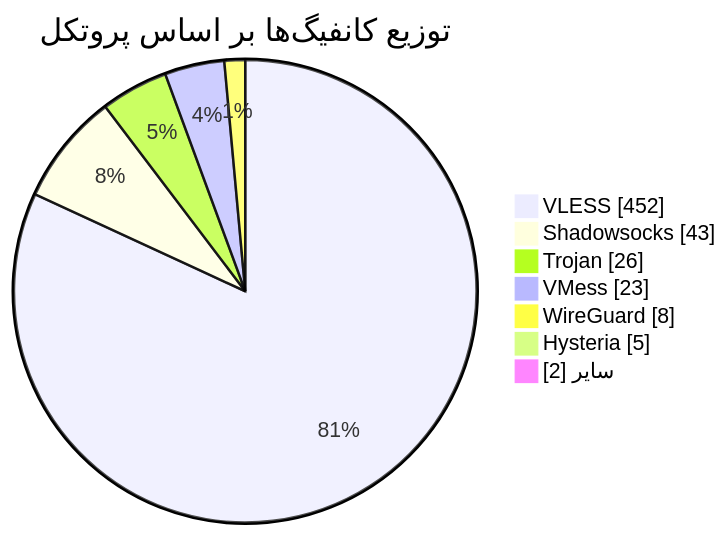
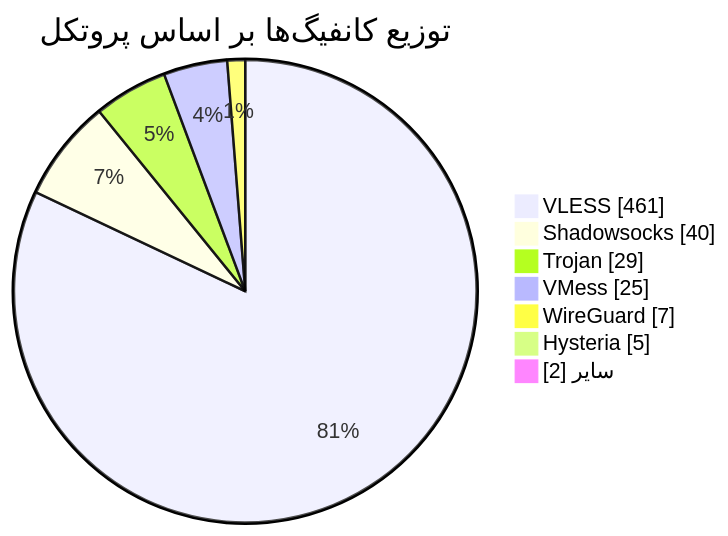
The diagram in README.md (Arian-Alijani/Somthing), drawn with Mermaid before and after one commit. The commit also changed other lines of this file and 89 other files, not shown here.

````diff
--- a/README.md
+++ b/README.md
@@ -49,11 +49,11 @@
 ```mermaid
 pie showData
     title توزیع کانفیگ‌ها بر اساس پروتکل
-    "VLESS" : 452
-    "Shadowsocks" : 43
-    "Trojan" : 26
-    "VMess" : 23
-    "WireGuard" : 8
+    "VLESS" : 461
+    "Shadowsocks" : 40
+    "Trojan" : 29
+    "VMess" : 25
+    "WireGuard" : 7
     "Hysteria" : 5
     "سایر" : 2
 ```
````
